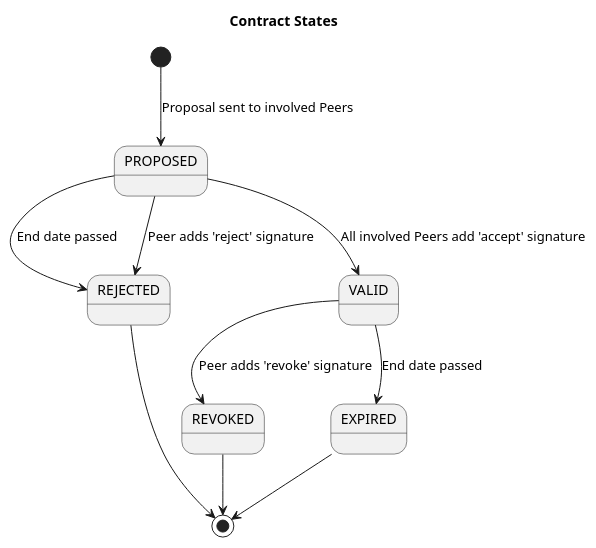
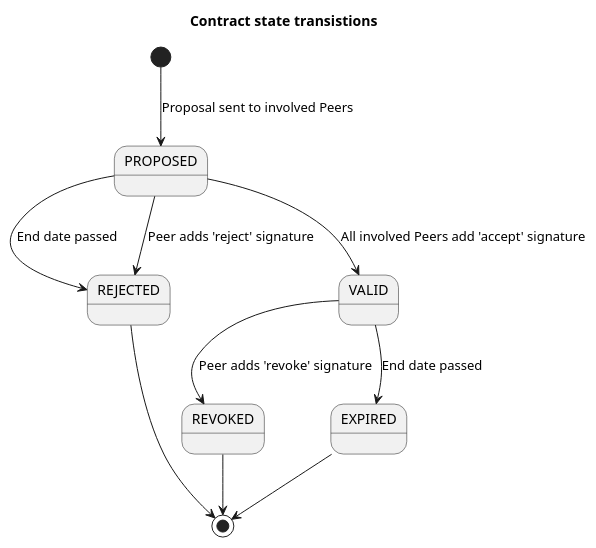
Before and after one commit to Logius-standaarden/fsc-core: the diagram in media/state-contract.puml, drawn with PlantUML. The commit also changed 6 other files, not shown here.

```diff
--- a/media/state-contract.puml
+++ b/media/state-contract.puml
@@ -1,14 +1,14 @@
 @startuml
-Title Contract States
+Title Contract state transistions
 
 [*]      --> PROPOSED : Proposal sent to involved Peers
 PROPOSED --> REJECTED : End date passed
 PROPOSED --> REJECTED : Peer adds 'reject' signature
 PROPOSED --> VALID : All involved Peers add 'accept' signature
 VALID --> REVOKED  : Peer adds 'revoke' signature
 VALID --> EXPIRED  : End date passed
 REVOKED  --> [*]
 REJECTED --> [*]
 EXPIRED  --> [*]
 
 @enduml
```
